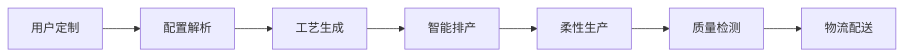
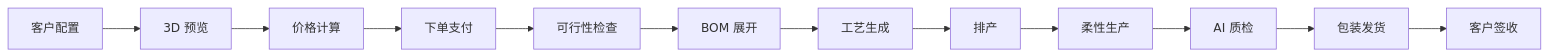
The second of 3 diagrams in topic-application-architecture/87-flexible-manufacturing.md (kudig-io/kudig-database), drawn with Mermaid before and after one commit. The commit also changed other lines of this file and 8633 other files, not shown here.

````diff
--- a/topic-application-architecture/87-flexible-manufacturing.md
+++ b/topic-application-architecture/87-flexible-manufacturing.md
@@ -132,9 +181,14 @@
 ```mermaid
 flowchart LR
-    A[用户定制] --> B[配置解析]
-    B --> C[工艺生成]
-    C --> D[智能排产]
-    D --> E[柔性生产]
-    E --> F[质量检测]
-    F --> G[物流配送]
+    A[客户配置] --> B[3D 预览]
+    B --> C[价格计算]
+    C --> D[下单支付]
+    D --> E[可行性检查]
+    E --> F[BOM 展开]
+    F --> G[工艺生成]
+    G --> H[排产]
+    H --> I[柔性生产]
+    I --> J[AI 质检]
+    J --> K[包装发货]
+    K --> L[客户签收]
 ```
````
